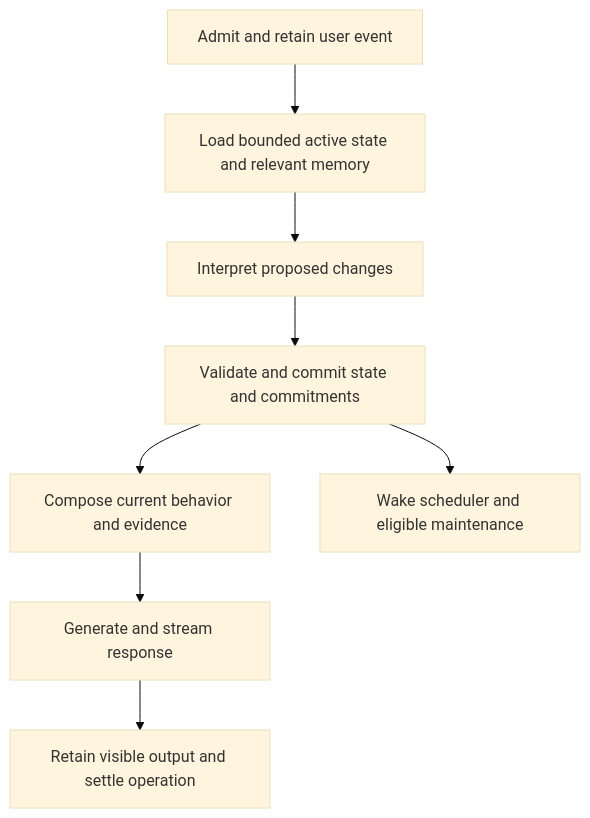
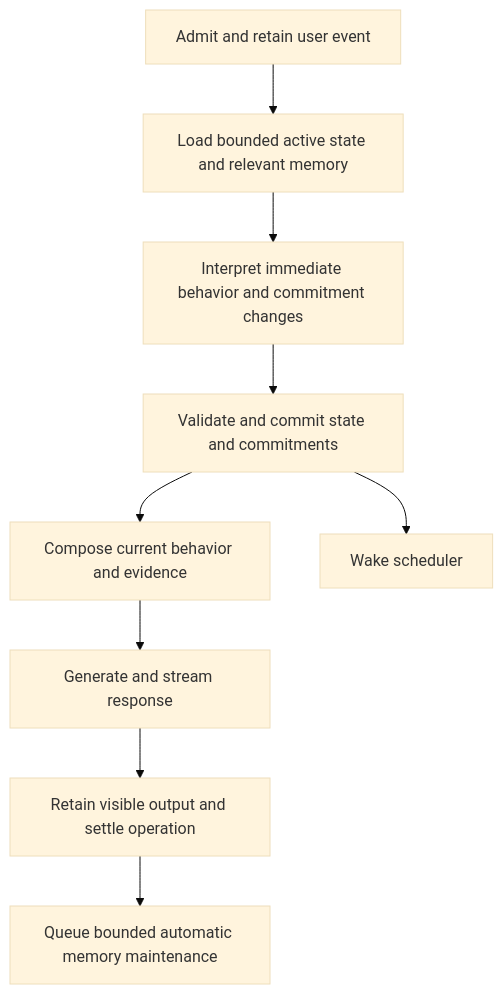
One commit to acidpointer/assistant changed the second of 2 diagrams in docs/soul.md. Above: the diagram before and after it, drawn with Mermaid (base theme). The commit also changed other lines of this file, not shown here.

````diff
--- a/docs/soul.md
+++ b/docs/soul.md
@@ -526,10 +749,11 @@
 ```mermaid
 flowchart TD
     A[Admit and retain user event] --> B[Load bounded active state and relevant memory]
-    B --> C[Interpret proposed changes]
+    B --> C[Interpret immediate behavior and commitment changes]
     C --> D[Validate and commit state and commitments]
     D --> E[Compose current behavior and evidence]
     E --> F[Generate and stream response]
     F --> G[Retain visible output and settle operation]
-    D --> H[Wake scheduler and eligible maintenance]
+    D --> H[Wake scheduler]
+    G --> I[Queue bounded automatic memory maintenance]
 ```
````
